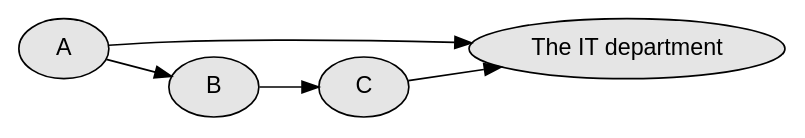
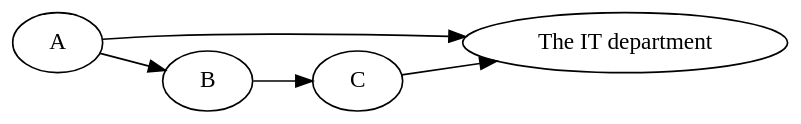
Before and after one commit to haroldthimbleby/REED: the diagram in lib/ABCDis.gv, drawn with Graphviz. The commit also changed 39 other files, not shown here.

```diff
--- a/lib/ABCDis.gv
+++ b/lib/ABCDis.gv
@@ -1,19 +1,20 @@
 digraph {
   compound=true;
+  bgcolor="transparent";
   color=red;
   labelloc=t;
   fontname="Helvetica";
   fontsize=24;
   label="";
   rankdir="LR";
 
-  "D" [fillcolor="gray90"; style=filled; shape=ellipse; fontname="Helvetica"; label="The IT department";];
-  "C" [fillcolor="gray90"; style=filled; shape=ellipse; fontname="Helvetica"; label="C";];
-  "B" [fillcolor="gray90"; style=filled; shape=ellipse; fontname="Helvetica"; label="B";];
-  "A" [fillcolor="gray90"; style=filled; shape=ellipse; fontname="Helvetica"; label="A";];
+  "D" [URL="#D"; label="The IT department";];
+  "C" [URL="#C"; label="C";];
+  "B" [URL="#B"; label="B";];
+  "A" [URL="#A"; label="A";];
 
   "A"->"B";
   "A"->"D";
   "C"->"D";
   "B"->"C";
 }
```
